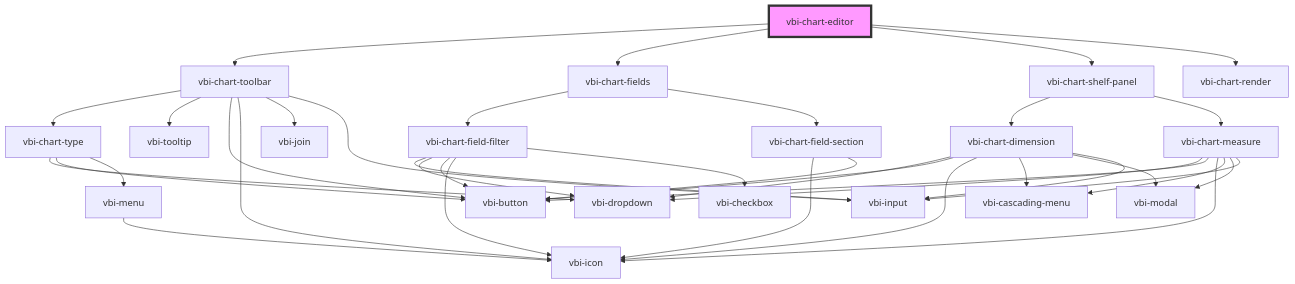
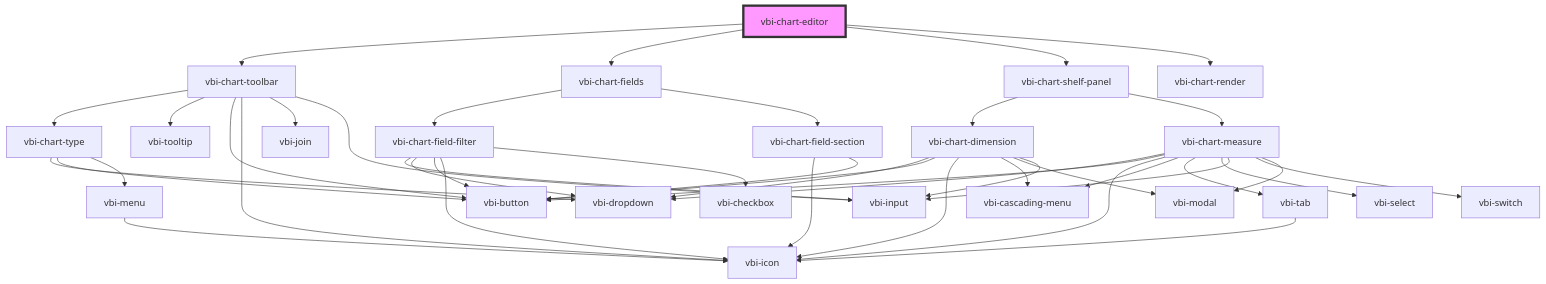
Before and after one commit to Ditto190/VBI-modme: the diagram in packages/vbi-component/src/components/chart/vbi-chart-editor/readme.md, drawn with Mermaid. The commit also changed 16 other files, not shown here.

Commit message:
feat(vbi-component): add measure format panel

````diff
--- a/packages/vbi-component/src/components/chart/vbi-chart-editor/readme.md
+++ b/packages/vbi-component/src/components/chart/vbi-chart-editor/readme.md
@@ -18,41 +18,45 @@
 ```mermaid
 graph TD;
   vbi-chart-editor --> vbi-chart-toolbar
   vbi-chart-editor --> vbi-chart-fields
   vbi-chart-editor --> vbi-chart-shelf-panel
   vbi-chart-editor --> vbi-chart-render
   vbi-chart-toolbar --> vbi-chart-type
   vbi-chart-toolbar --> vbi-tooltip
   vbi-chart-toolbar --> vbi-button
   vbi-chart-toolbar --> vbi-icon
   vbi-chart-toolbar --> vbi-join
   vbi-chart-toolbar --> vbi-input
   vbi-chart-type --> vbi-dropdown
   vbi-chart-type --> vbi-button
   vbi-chart-type --> vbi-menu
   vbi-menu --> vbi-icon
   vbi-chart-fields --> vbi-chart-field-filter
   vbi-chart-fields --> vbi-chart-field-section
   vbi-chart-field-filter --> vbi-input
   vbi-chart-field-filter --> vbi-dropdown
   vbi-chart-field-filter --> vbi-button
   vbi-chart-field-filter --> vbi-icon
   vbi-chart-field-filter --> vbi-checkbox
   vbi-chart-field-section --> vbi-icon
   vbi-chart-field-section --> vbi-button
   vbi-chart-shelf-panel --> vbi-chart-dimension
   vbi-chart-shelf-panel --> vbi-chart-measure
   vbi-chart-dimension --> vbi-dropdown
   vbi-chart-dimension --> vbi-button
   vbi-chart-dimension --> vbi-icon
   vbi-chart-dimension --> vbi-cascading-menu
   vbi-chart-dimension --> vbi-modal
   vbi-chart-dimension --> vbi-input
   vbi-chart-measure --> vbi-dropdown
   vbi-chart-measure --> vbi-button
   vbi-chart-measure --> vbi-icon
   vbi-chart-measure --> vbi-cascading-menu
+  vbi-chart-measure --> vbi-tab
+  vbi-chart-measure --> vbi-select
+  vbi-chart-measure --> vbi-input
+  vbi-chart-measure --> vbi-switch
   vbi-chart-measure --> vbi-modal
-  vbi-chart-measure --> vbi-input
+  vbi-tab --> vbi-icon
   style vbi-chart-editor fill:#f9f,stroke:#333,stroke-width:4px
 ```
````
